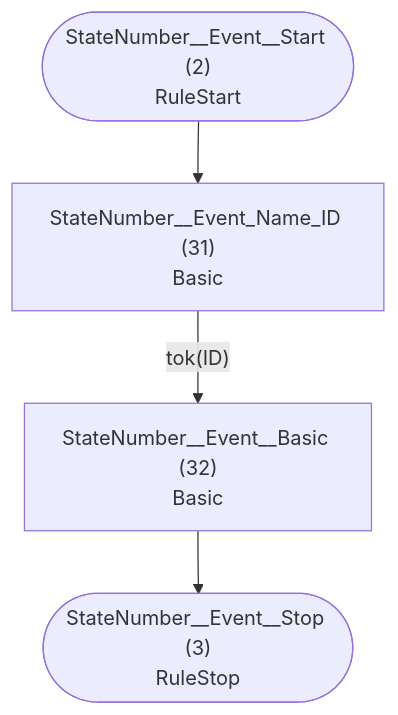
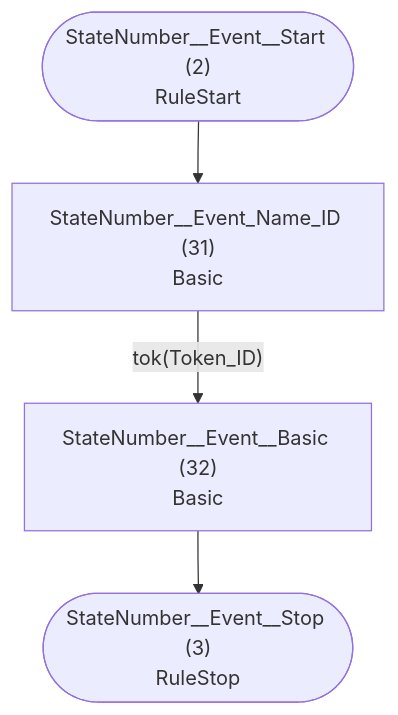
The second of 5 diagrams in examples/statemachine/atn.md (TypeFox/fastbelt), drawn with Mermaid before and after one commit. The commit also changed other lines of this file and 18 other files, not shown here.

````diff
--- a/examples/statemachine/atn.md
+++ b/examples/statemachine/atn.md
@@ -62,11 +62,11 @@
 ```mermaid
 flowchart TD
     q2(["StateNumber__Event__Start (2)<br/>RuleStart"])
     q3(["StateNumber__Event__Stop (3)<br/>RuleStop"])
     q31["StateNumber__Event_Name_ID (31)<br/>Basic<br/>"]
     q32["StateNumber__Event__Basic (32)<br/>Basic<br/>"]
 
     q2 --> q31
-    q31 -->|"tok(ID)"| q32
+    q31 -->|"tok(Token_ID)"| q32
     q32 --> q3
 ```
````
